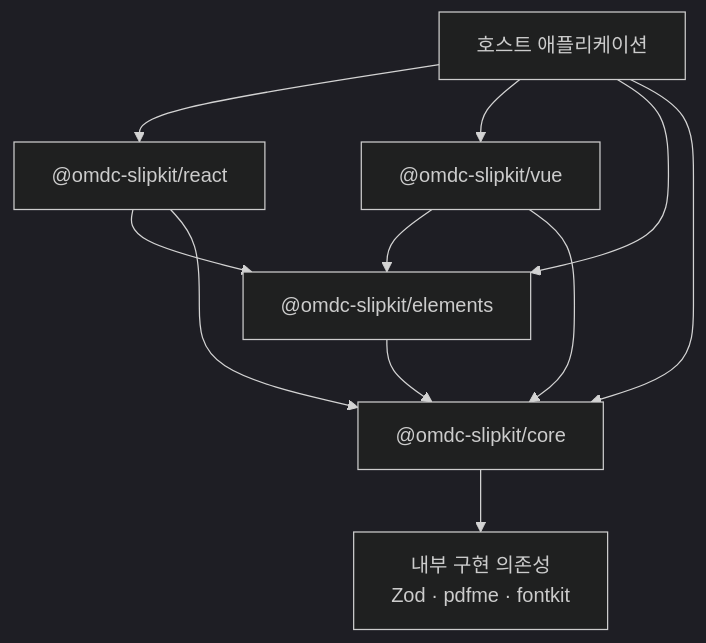
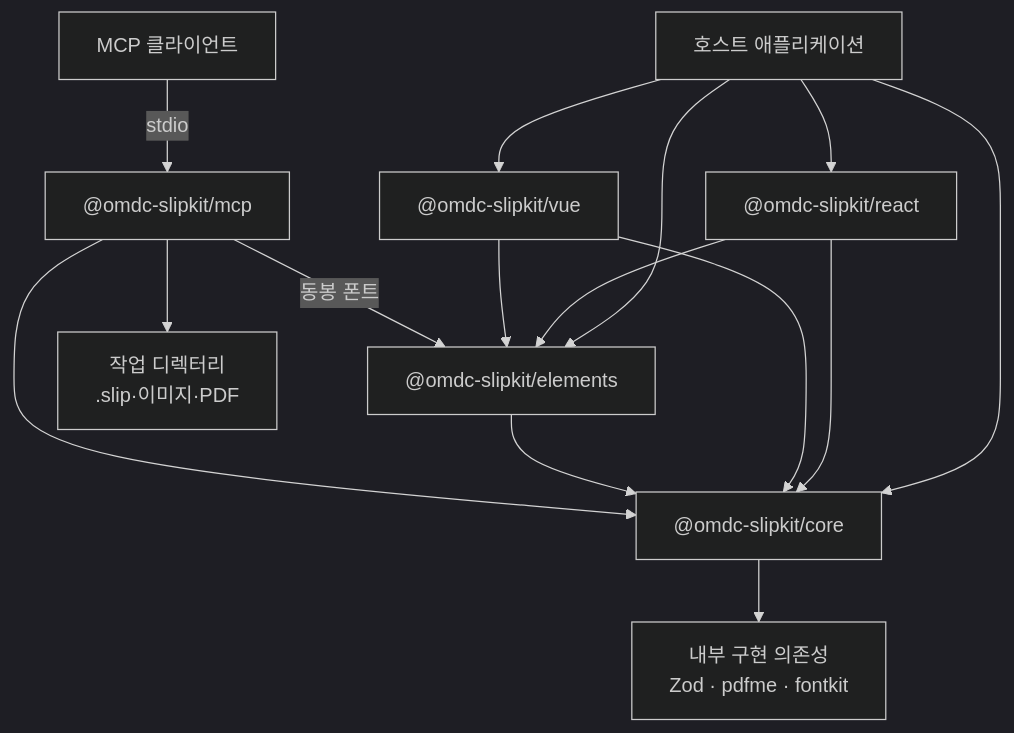
One commit to open-my-dev-com/drawing-report changed the second of 7 diagrams in docs/ARCHITECTURE.md. Above: the diagram before and after it, drawn with Mermaid (dark theme). The commit also changed other lines of this file and 21 other files, not shown here.

````diff
--- a/docs/ARCHITECTURE.md
+++ b/docs/ARCHITECTURE.md
@@ -70,23 +70,30 @@
 ```mermaid
 flowchart TB
     App["호스트 애플리케이션"]
 
     React["@omdc-slipkit/react"]
     Vue["@omdc-slipkit/vue"]
     Elements["@omdc-slipkit/elements"]
     Core["@omdc-slipkit/core"]
+    MCP["@omdc-slipkit/mcp"]
+    AI["MCP 클라이언트"]
+    Files["작업 디렉터리<br/>.slip·이미지·PDF"]
 
     Internal["내부 구현 의존성<br/>Zod · pdfme · fontkit"]
 
     App --> React
     App --> Vue
     App --> Elements
     App --> Core
+    AI -->|"stdio"| MCP
+    MCP --> Files
 
     React --> Elements
     React --> Core
     Vue --> Elements
     Vue --> Core
     Elements --> Core
+    MCP --> Core
+    MCP -->|"동봉 폰트"| Elements
     Core --> Internal
 ```
````
